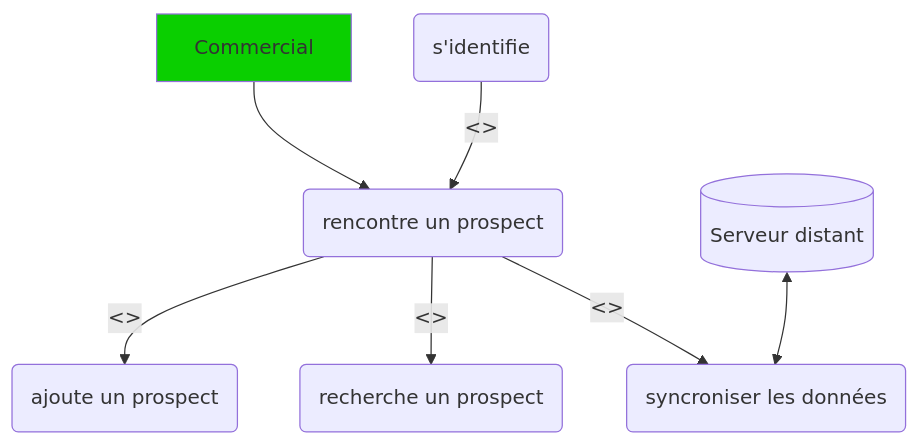
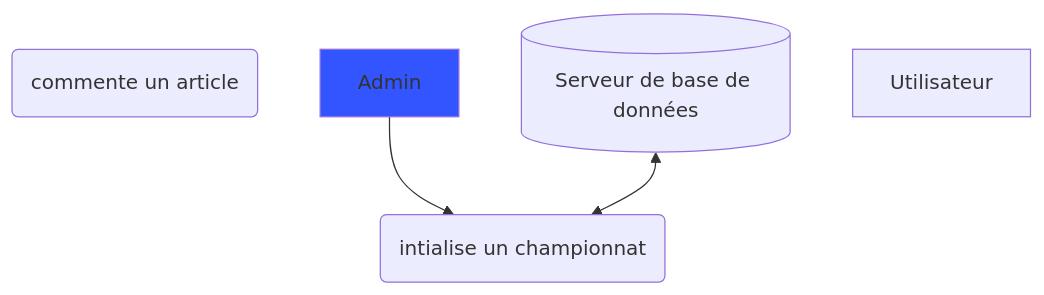
One commit to LhoMars/football changed the diagram in docs/index.md. Above: the diagram before and after it, drawn with Mermaid.

````diff
--- a/docs/index.md
+++ b/docs/index.md
@@ -14,18 +14,14 @@
 ```mermaid
 graph TB
-rencontre(rencontre un prospect)
-identifie(s'identifie)
-ajoutpr(ajoute un prospect)
-recherchepr(recherche un prospect)
-sync(syncroniser les données)
-serveurBdd[(Serveur distant)]
+intialise(intialise un championnat)
+commente(commente un article)
+serveurBdd[(Serveur de base de données)]
 
-Commercial:::user --> rencontre
+Admin:::user --> intialise
     classDef user fill:#0acf00;
-    
-identifie -- <<include>> --> rencontre
-rencontre -- <<extend>> --> ajoutpr
-rencontre -- <<extend>> --> recherchepr
-rencontre -- <<extend>> --> sync
-serveurBdd <--> sync
+
+Utilisateur:::commente 
+    classDef user fill:#3355ff;
+
+serveurBdd <--> intialise
 ```
````
